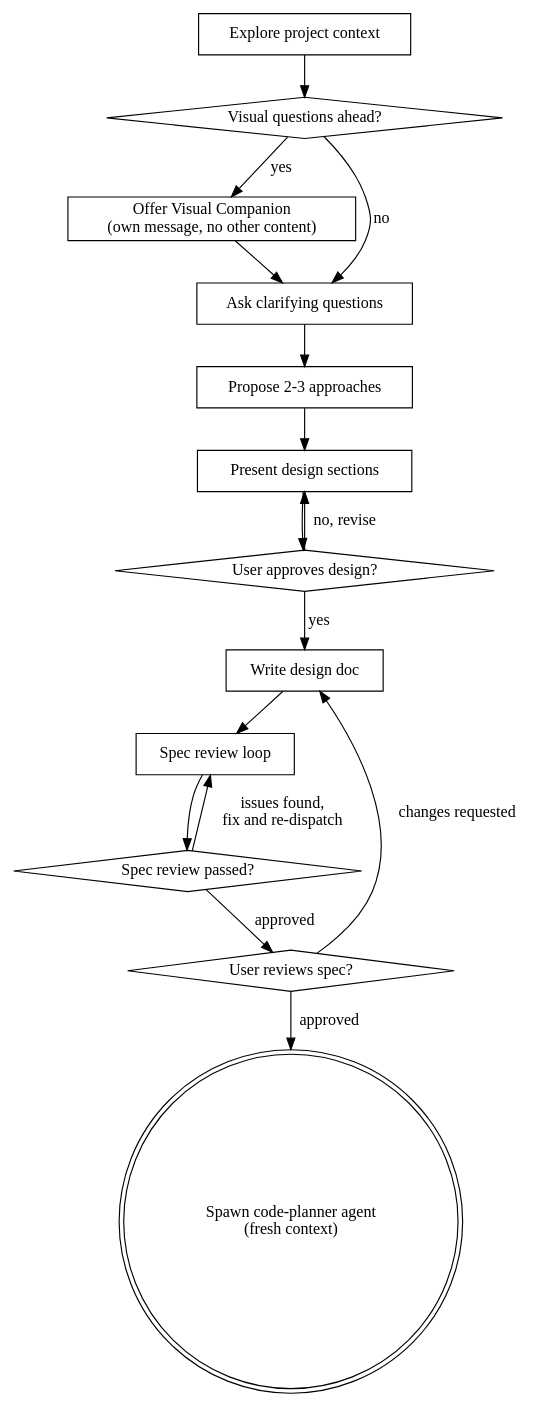
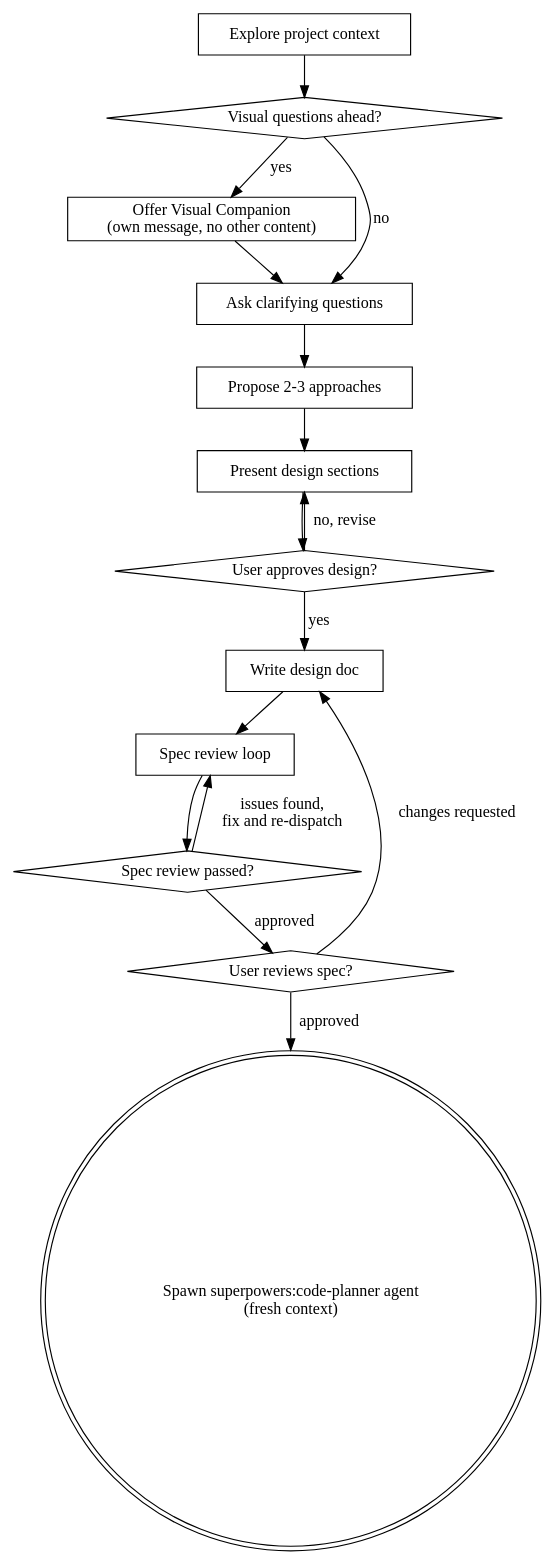
Before and after one commit to emilelemoine/superpowers: the diagram in skills/brainstorming/SKILL.md, drawn with Graphviz. The commit also changed other lines of this file, not shown here.

First line of the commit message:
Fix code-planner agent type: use fully qualified superpowers:code-planner name

````diff
--- a/skills/brainstorming/SKILL.md
+++ b/skills/brainstorming/SKILL.md
@@ -36,32 +36,32 @@
 ```dot
 digraph brainstorming {
     "Explore project context" [shape=box];
     "Visual questions ahead?" [shape=diamond];
     "Offer Visual Companion\n(own message, no other content)" [shape=box];
     "Ask clarifying questions" [shape=box];
     "Propose 2-3 approaches" [shape=box];
     "Present design sections" [shape=box];
     "User approves design?" [shape=diamond];
     "Write design doc" [shape=box];
     "Spec review loop" [shape=box];
     "Spec review passed?" [shape=diamond];
     "User reviews spec?" [shape=diamond];
-    "Spawn code-planner agent\n(fresh context)" [shape=doublecircle];
+    "Spawn superpowers:code-planner agent\n(fresh context)" [shape=doublecircle];
 
     "Explore project context" -> "Visual questions ahead?";
     "Visual questions ahead?" -> "Offer Visual Companion\n(own message, no other content)" [label="yes"];
     "Visual questions ahead?" -> "Ask clarifying questions" [label="no"];
     "Offer Visual Companion\n(own message, no other content)" -> "Ask clarifying questions";
     "Ask clarifying questions" -> "Propose 2-3 approaches";
     "Propose 2-3 approaches" -> "Present design sections";
     "Present design sections" -> "User approves design?";
     "User approves design?" -> "Present design sections" [label="no, revise"];
     "User approves design?" -> "Write design doc" [label="yes"];
     "Write design doc" -> "Spec review loop";
     "Spec review loop" -> "Spec review passed?";
     "Spec review passed?" -> "Spec review loop" [label="issues found,\nfix and re-dispatch"];
     "Spec review passed?" -> "User reviews spec?" [label="approved"];
     "User reviews spec?" -> "Write design doc" [label="changes requested"];
-    "User reviews spec?" -> "Spawn code-planner agent\n(fresh context)" [label="approved"];
+    "User reviews spec?" -> "Spawn superpowers:code-planner agent\n(fresh context)" [label="approved"];
 }
 ```
````
